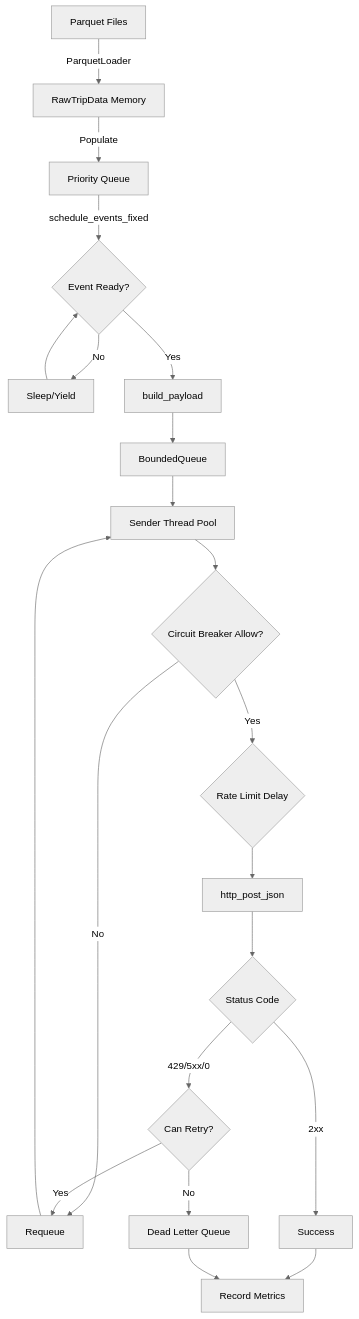
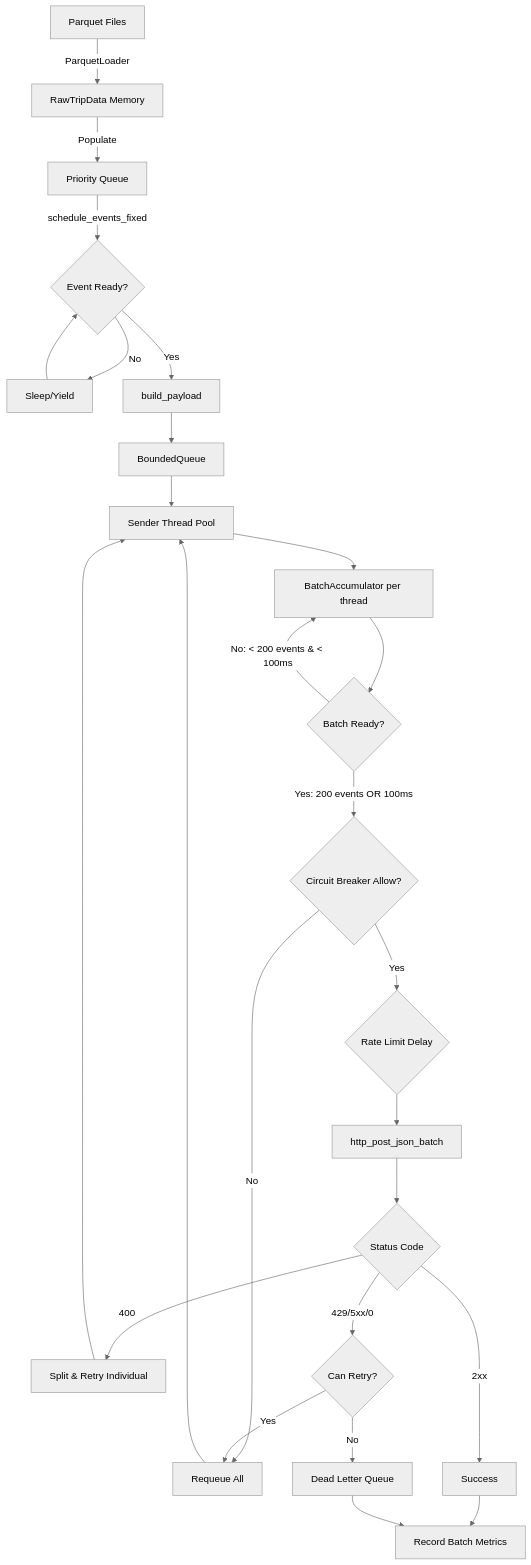
The diagram in generator/explanation.md (YBIGTA/27th-DE-WinterProject), drawn with Mermaid (neutral theme) before and after one commit. The commit also changed other lines of this file and 4 other files, not shown here.

````diff
--- a/generator/explanation.md
+++ b/generator/explanation.md
@@ -29,23 +30,28 @@
 ```mermaid
 flowchart TD
     A[Parquet Files] -->|ParquetLoader| B[RawTripData Memory]
     B -->|Populate| C[Priority Queue<SimulationEvent>]
     C -->|schedule_events_fixed| D{Event Ready?}
     D -->|No| E[Sleep/Yield]
     E --> D
     D -->|Yes| F[build_payload]
     F --> G[BoundedQueue<PayloadWithRetry>]
     G --> H[Sender Thread Pool]
-    H --> I{Circuit Breaker Allow?}
-    I -->|No| J[Requeue]
-    I -->|Yes| K{Rate Limit Delay}
-    K --> L[http_post_json]
-    L --> M{Status Code}
-    M -->|2xx| N[Success]
-    M -->|429/5xx/0| O{Can Retry?}
-    O -->|Yes| J
-    O -->|No| P[Dead Letter Queue]
-    J --> H
-    N --> Q[Record Metrics]
-    P --> Q
+    H --> I[BatchAccumulator per thread]
+    I --> I1{Batch Ready?}
+    I1 -->|No: < 200 events & < 100ms| I
+    I1 -->|Yes: 200 events OR 100ms| J{Circuit Breaker Allow?}
+    J -->|No| K[Requeue All]
+    J -->|Yes| L{Rate Limit Delay}
+    L --> M[http_post_json_batch]
+    M --> N{Status Code}
+    N -->|2xx| O[Success]
+    N -->|400| P[Split & Retry Individual]
+    N -->|429/5xx/0| Q{Can Retry?}
+    Q -->|Yes| K
+    Q -->|No| R[Dead Letter Queue]
+    K --> H
+    P --> H
+    O --> S[Record Batch Metrics]
+    R --> S
 ```
````
